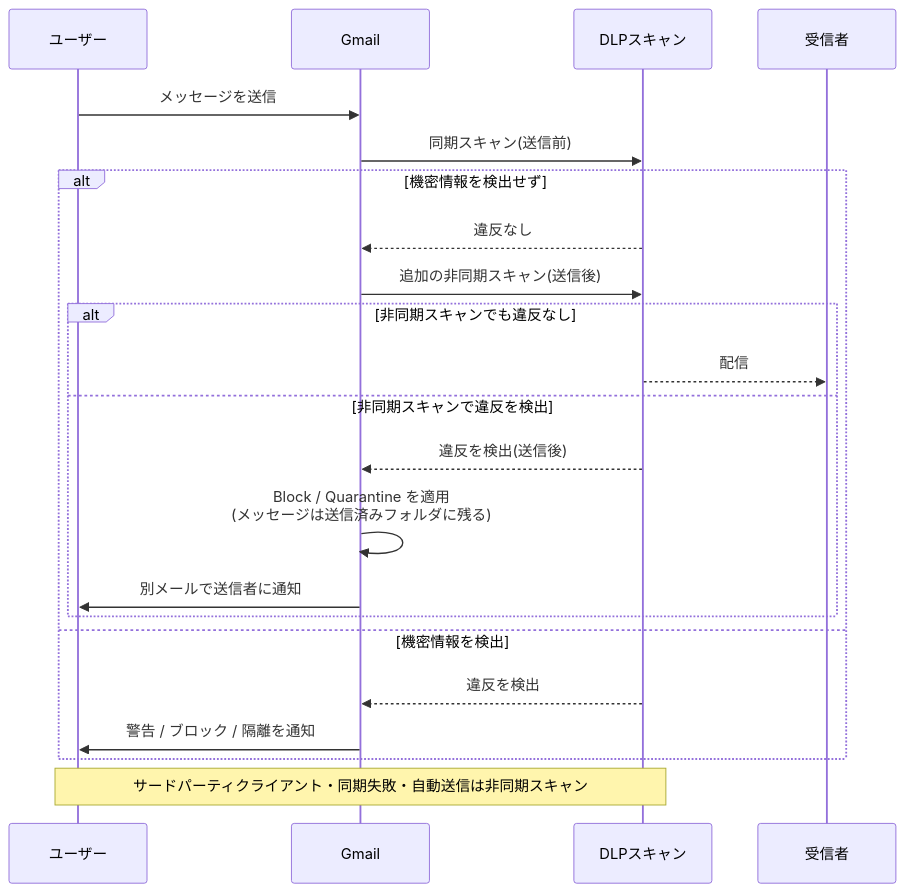
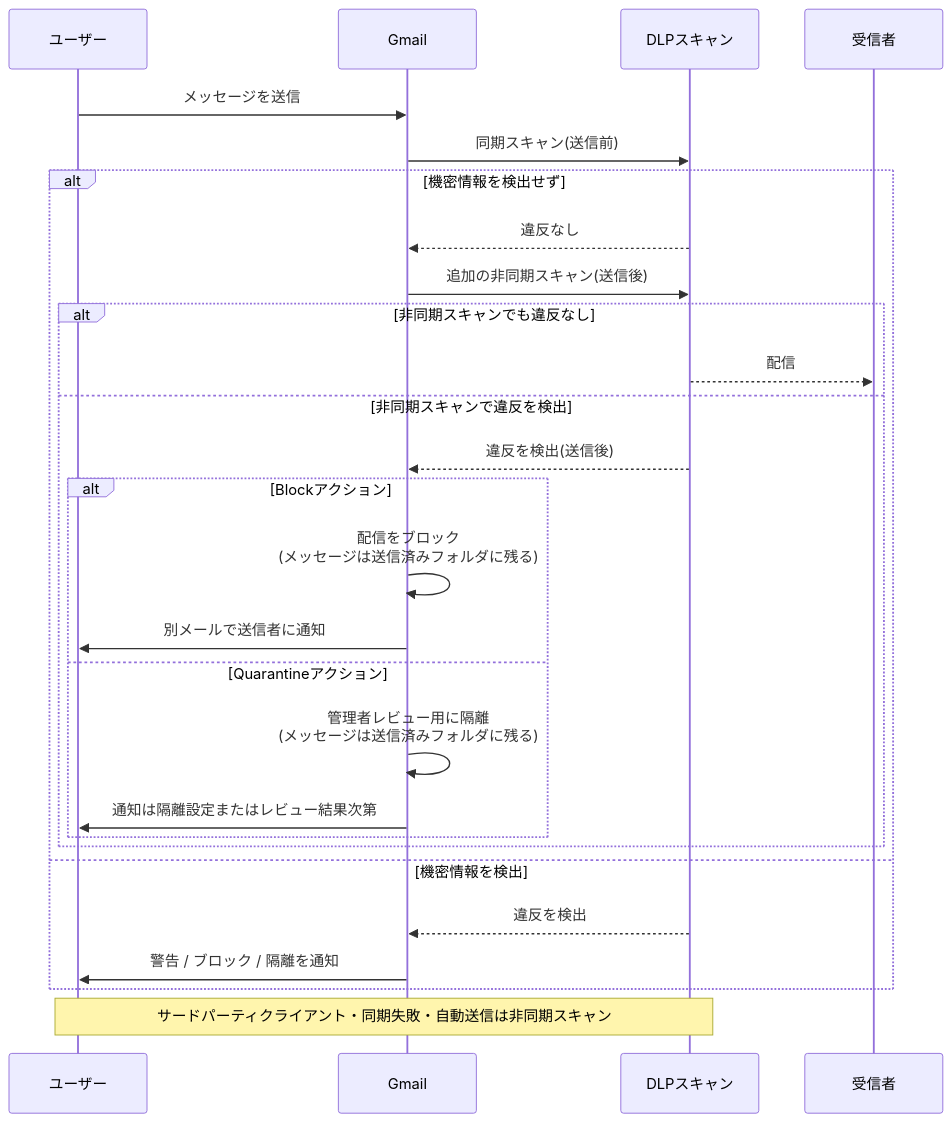
One commit to myoshi2891/Cloud-Infrastructure-Studies changed the sixth of 10 diagrams in archive/Gcl/Associate-Google-Workspace-Administrator/md/Agwa-section3-data-governance.md. Above: the diagram before and after it, drawn with Mermaid. The commit also changed 1 other file, not shown here.

Commit message:
docs(study-guides): update PCA section 2 content and AGWA section 3 DLP diagram

````diff
--- a/archive/Gcl/Associate-Google-Workspace-Administrator/md/Agwa-section3-data-governance.md
+++ b/archive/Gcl/Associate-Google-Workspace-Administrator/md/Agwa-section3-data-governance.md
@@ -326,24 +326,29 @@
 ```mermaid
 sequenceDiagram
     participant U as ユーザー
     participant G as Gmail
     participant D as DLPスキャン
     participant R as 受信者
     U->>G: メッセージを送信
     G->>D: 同期スキャン(送信前)
     alt 機密情報を検出せず
         D-->>G: 違反なし
         G->>D: 追加の非同期スキャン(送信後)
         alt 非同期スキャンでも違反なし
             D-->>R: 配信
         else 非同期スキャンで違反を検出
             D-->>G: 違反を検出(送信後)
-            G->>G: Block / Quarantine を適用<br/>(メッセージは送信済みフォルダに残る)
-            G->>U: 別メールで送信者に通知
+            alt Blockアクション
+                G->>G: 配信をブロック<br/>(メッセージは送信済みフォルダに残る)
+                G->>U: 別メールで送信者に通知
+            else Quarantineアクション
+                G->>G: 管理者レビュー用に隔離<br/>(メッセージは送信済みフォルダに残る)
+                G->>U: 通知は隔離設定またはレビュー結果次第
+            end
         end
     else 機密情報を検出
         D-->>G: 違反を検出
         G->>U: 警告 / ブロック / 隔離を通知
     end
     Note over U,D: サードパーティクライアント・同期失敗・自動送信は非同期スキャン
 ```
````
